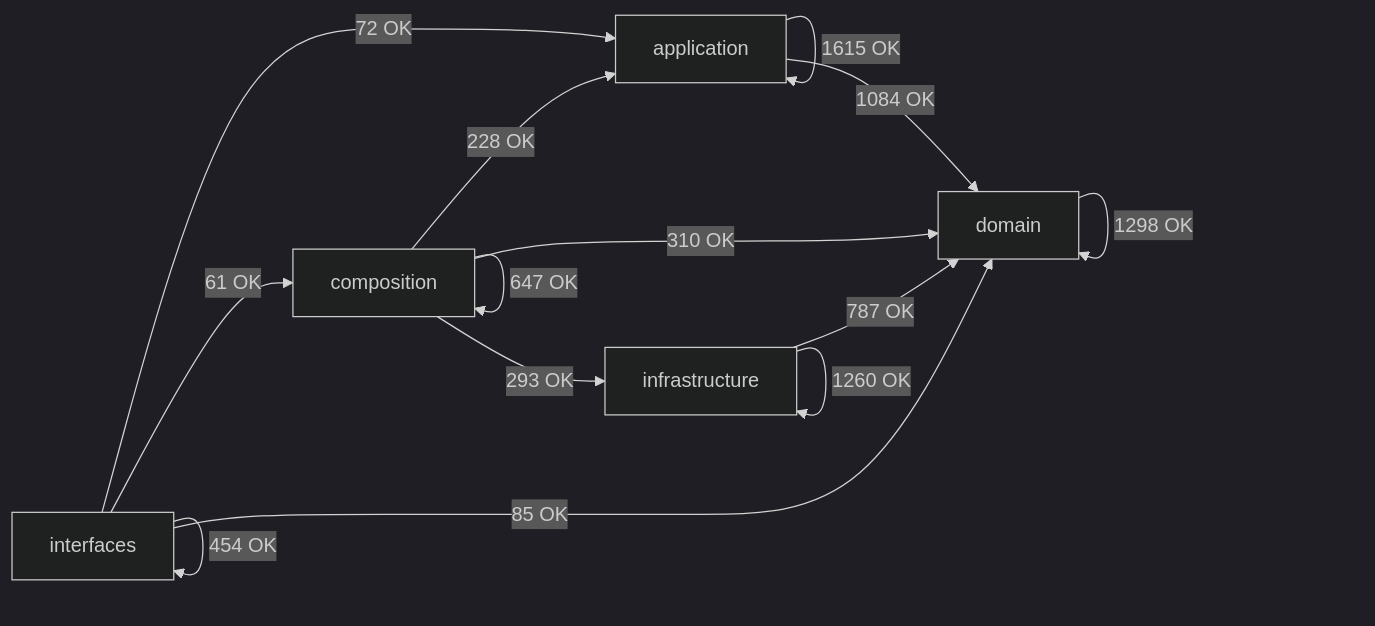
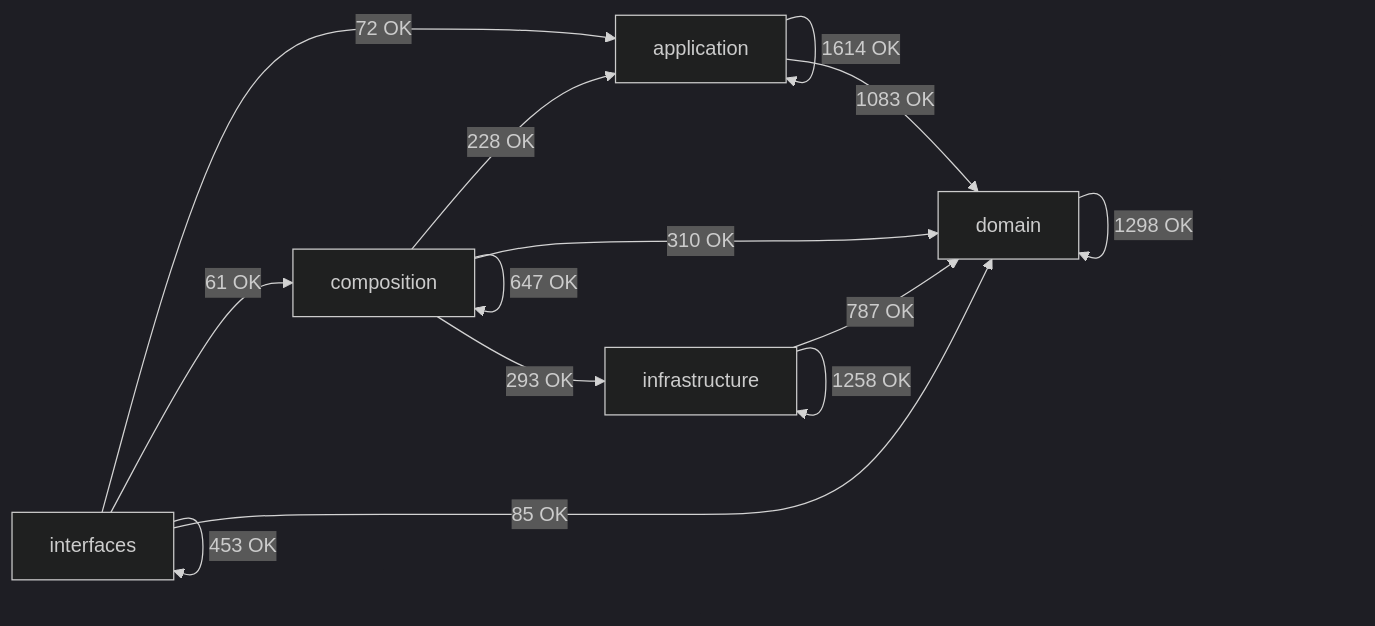
The diagram in docs/02-architecture/generated/module-dependency-map.md (SatoryKono/BioactivityDataAcquisition), drawn with Mermaid (dark theme) before and after one commit. The commit also changed other lines of this file and 159 other files, not shown here.

````diff
--- a/docs/02-architecture/generated/module-dependency-map.md
+++ b/docs/02-architecture/generated/module-dependency-map.md
@@ -17,21 +17,21 @@
 ```mermaid
 flowchart LR
     domain[domain]
     application[application]
     infrastructure[infrastructure]
     composition[composition]
     interfaces[interfaces]
-    application -->|1615 OK| application
-    application -->|1084 OK| domain
+    application -->|1614 OK| application
+    application -->|1083 OK| domain
     composition -->|228 OK| application
     composition -->|647 OK| composition
     composition -->|310 OK| domain
     composition -->|293 OK| infrastructure
     domain -->|1298 OK| domain
     infrastructure -->|787 OK| domain
-    infrastructure -->|1260 OK| infrastructure
+    infrastructure -->|1258 OK| infrastructure
     interfaces -->|72 OK| application
     interfaces -->|61 OK| composition
     interfaces -->|85 OK| domain
-    interfaces -->|454 OK| interfaces
+    interfaces -->|453 OK| interfaces
 ```
````
